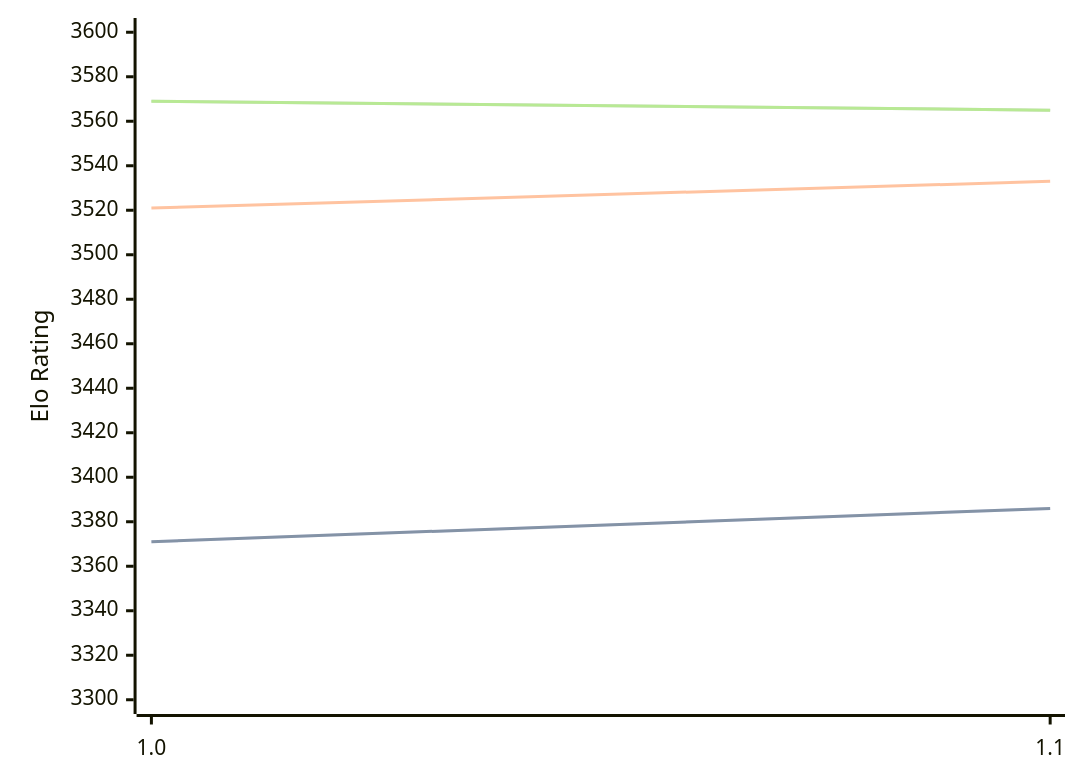
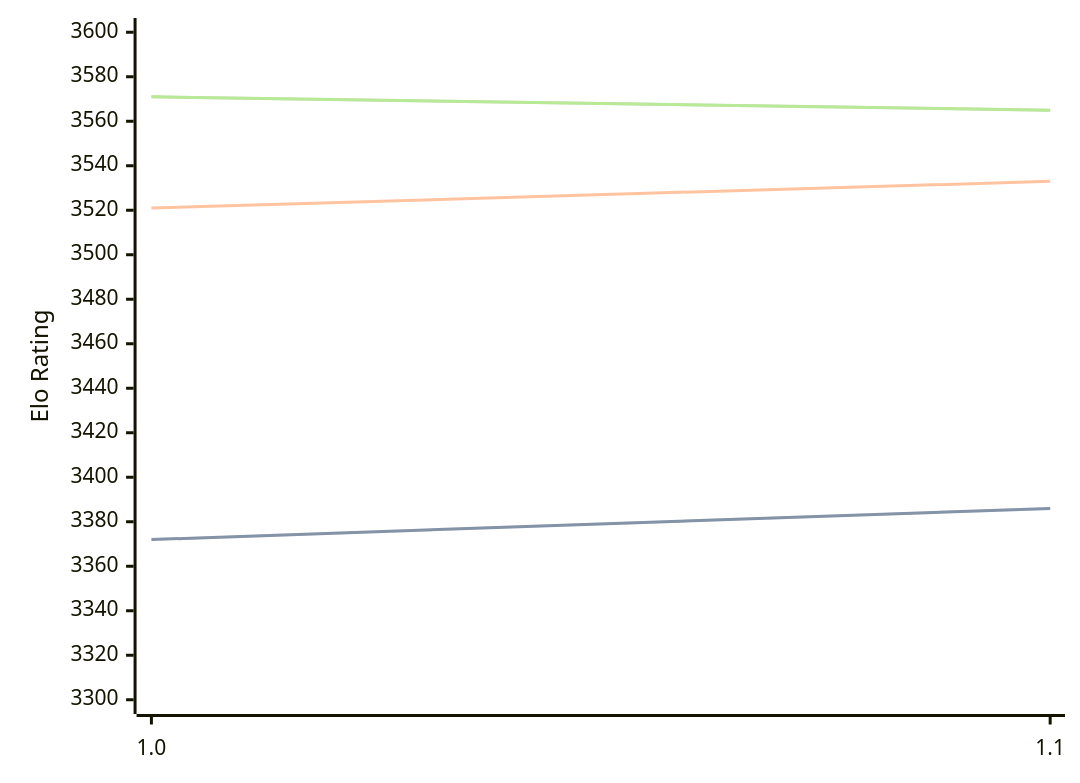
Before and after one commit to computer-chess-index/cci: the diagram in engines/Horsie.md, drawn with Mermaid. The commit also changed other lines of this file, not shown here.

Commit message:
Update CCI Ratings (ELO VLTC) - 2026-04-25

````diff
--- a/engines/Horsie.md
+++ b/engines/Horsie.md
@@ -32,11 +32,11 @@
 ```mermaid
 %%{init: {"theme":"base","themeVariables":{"seriesColors:['#a3a3a3','#222221','#faa371']}}}%%
 xychart-beta
   x-axis ["1.0", "1.1"]
   y-axis "Elo Rating" 3300 --> 3600
-  line "STC (8.0+0.08s)" [3371, 3386]
-  line "STC (8.0+0.08s)" [3371, 3386]
+  line "STC (8.0+0.08s)" [3372, 3386]
+  line "STC (8.0+0.08s)" [3372, 3386]
   line "LTC (60.0+0.60s)" [3521, 3533]
-  line "VLTC (2m24s+1.12s)" [3569, 3565]
-  line "VLTC (2m24s+1.12s)" [3569, 3565]
+  line "VLTC (2m24s+1.12s)" [3571, 3565]
+  line "VLTC (2m24s+1.12s)" [3571, 3565]
 ```
````
